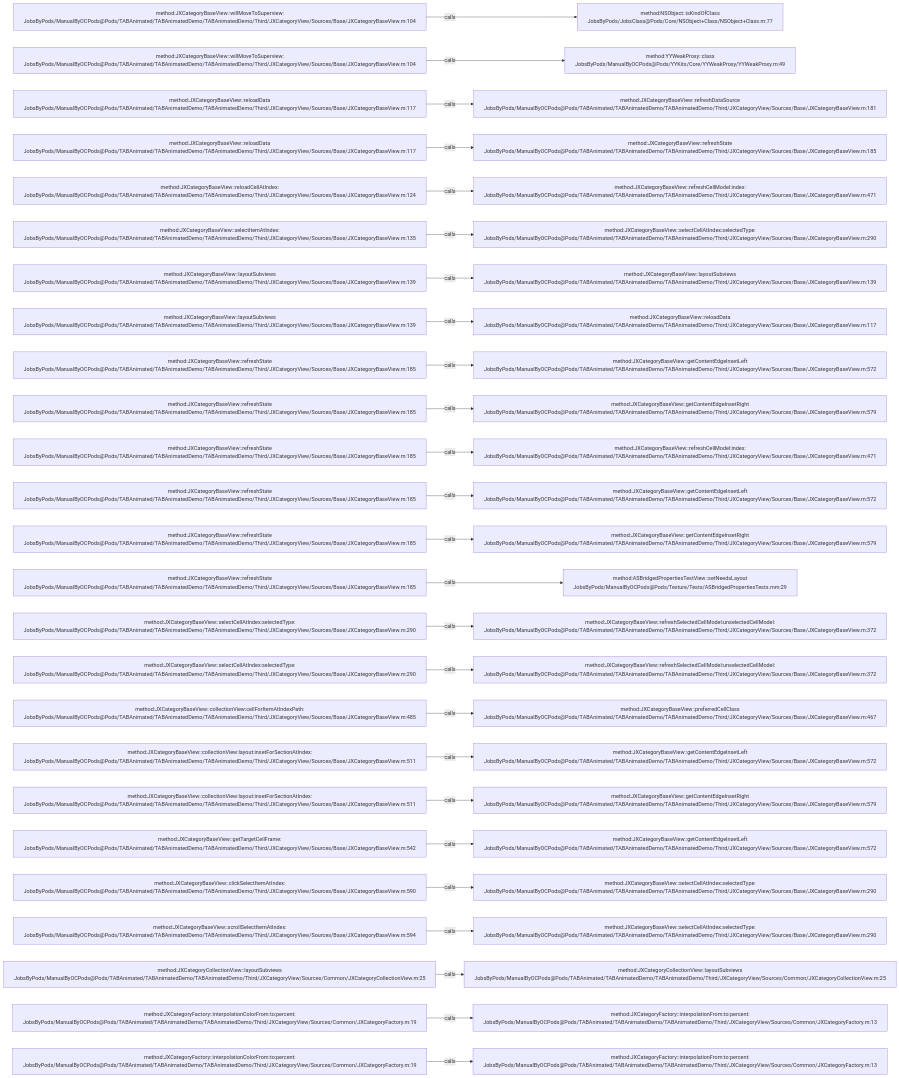
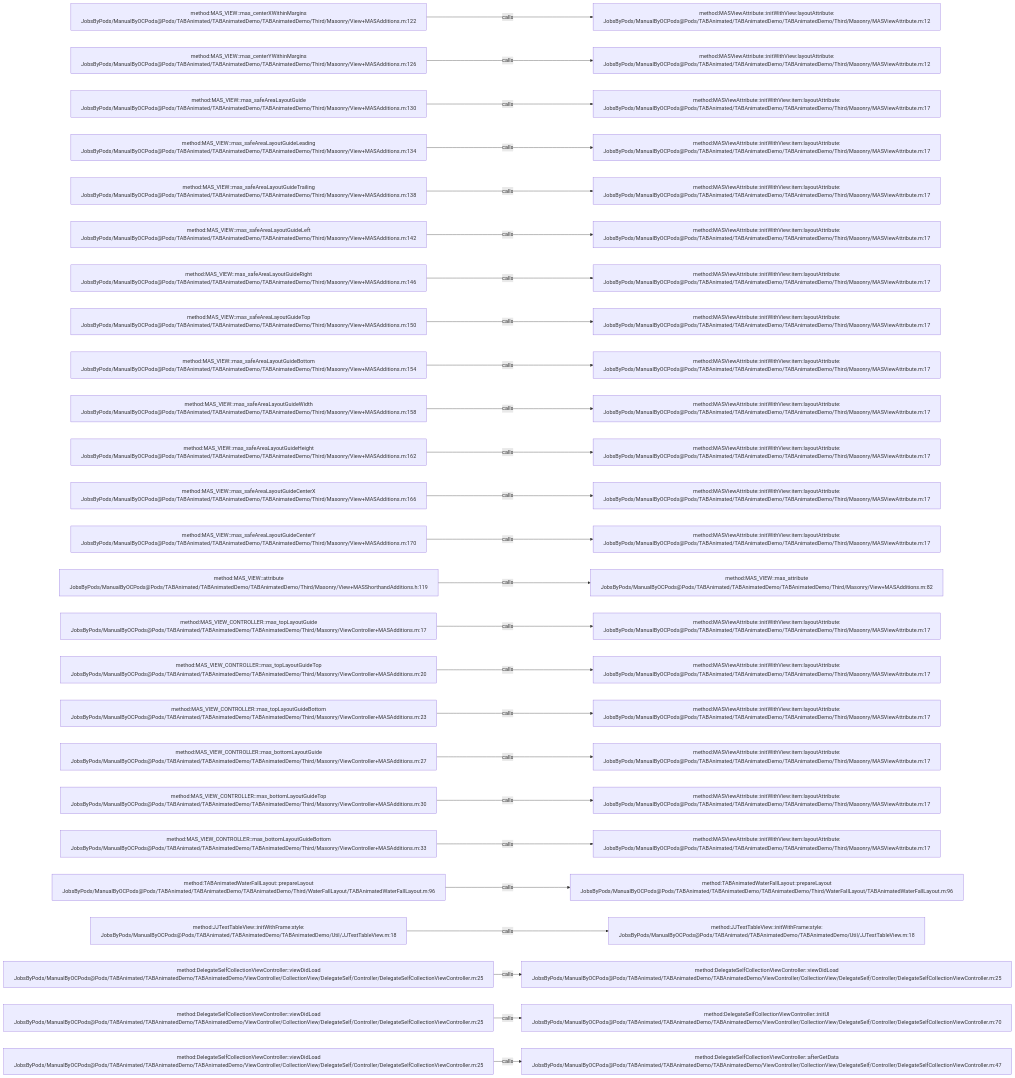
The diagram in .codegraph/codegraph.md/graphs/calls-049.md (JobsKits/JobsOCBaseConfigDemo), drawn with Mermaid before and after one commit. The commit also changed 1223 other files, not shown here.

````diff
--- a/.codegraph/codegraph.md/graphs/calls-049.md
+++ b/.codegraph/codegraph.md/graphs/calls-049.md
@@ -13,78 +13,78 @@
 ```mermaid
 flowchart LR
-  S1["method:JXCategoryBaseView::willMoveToSuperview:<br/>JobsByPods/ManualByOCPods@Pods/TABAnimated/TABAnimatedDemo/TABAnimatedDemo/Third/JXCategoryView/Sources/Base/JXCategoryBaseView.m:104"]
-  T1["method:NSObject::isKindOfClass<br/>JobsByPods/JobsClass@Pods/Core/NSObject+Class/NSObject+Class.m:77"]
+  S1["method:MAS_VIEW::mas_centerXWithinMargins<br/>JobsByPods/ManualByOCPods@Pods/TABAnimated/TABAnimatedDemo/TABAnimatedDemo/Third/Masonry/View+MASAdditions.m:122"]
+  T1["method:MASViewAttribute::initWithView:layoutAttribute:<br/>JobsByPods/ManualByOCPods@Pods/TABAnimated/TABAnimatedDemo/TABAnimatedDemo/Third/Masonry/MASViewAttribute.m:12"]
   S1 -->|calls| T1
-  S2["method:JXCategoryBaseView::willMoveToSuperview:<br/>JobsByPods/ManualByOCPods@Pods/TABAnimated/TABAnimatedDemo/TABAnimatedDemo/Third/JXCategoryView/Sources/Base/JXCategoryBaseView.m:104"]
-  T2["method:YYWeakProxy::class<br/>JobsByPods/ManualByOCPods@Pods/YYKits/Core/YYWeakProxy/YYWeakProxy.m:49"]
+  S2["method:MAS_VIEW::mas_centerYWithinMargins<br/>JobsByPods/ManualByOCPods@Pods/TABAnimated/TABAnimatedDemo/TABAnimatedDemo/Third/Masonry/View+MASAdditions.m:126"]
+  T2["method:MASViewAttribute::initWithView:layoutAttribute:<br/>JobsByPods/ManualByOCPods@Pods/TABAnimated/TABAnimatedDemo/TABAnimatedDemo/Third/Masonry/MASViewAttribute.m:12"]
   S2 -->|calls| T2
-  S3["method:JXCategoryBaseView::reloadData<br/>JobsByPods/ManualByOCPods@Pods/TABAnimated/TABAnimatedDemo/TABAnimatedDemo/Third/JXCategoryView/Sources/Base/JXCategoryBaseView.m:117"]
-  T3["method:JXCategoryBaseView::refreshDataSource<br/>JobsByPods/ManualByOCPods@Pods/TABAnimated/TABAnimatedDemo/TABAnimatedDemo/Third/JXCategoryView/Sources/Base/JXCategoryBaseView.m:181"]
+  S3["method:MAS_VIEW::mas_safeAreaLayoutGuide<br/>JobsByPods/ManualByOCPods@Pods/TABAnimated/TABAnimatedDemo/TABAnimatedDemo/Third/Masonry/View+MASAdditions.m:130"]
+  T3["method:MASViewAttribute::initWithView:item:layoutAttribute:<br/>JobsByPods/ManualByOCPods@Pods/TABAnimated/TABAnimatedDemo/TABAnimatedDemo/Third/Masonry/MASViewAttribute.m:17"]
   S3 -->|calls| T3
-  S4["method:JXCategoryBaseView::reloadData<br/>JobsByPods/ManualByOCPods@Pods/TABAnimated/TABAnimatedDemo/TABAnimatedDemo/Third/JXCategoryView/Sources/Base/JXCategoryBaseView.m:117"]
-  T4["method:JXCategoryBaseView::refreshState<br/>JobsByPods/ManualByOCPods@Pods/TABAnimated/TABAnimatedDemo/TABAnimatedDemo/Third/JXCategoryView/Sources/Base/JXCategoryBaseView.m:185"]
+  S4["method:MAS_VIEW::mas_safeAreaLayoutGuideLeading<br/>JobsByPods/ManualByOCPods@Pods/TABAnimated/TABAnimatedDemo/TABAnimatedDemo/Third/Masonry/View+MASAdditions.m:134"]
+  T4["method:MASViewAttribute::initWithView:item:layoutAttribute:<br/>JobsByPods/ManualByOCPods@Pods/TABAnimated/TABAnimatedDemo/TABAnimatedDemo/Third/Masonry/MASViewAttribute.m:17"]
   S4 -->|calls| T4
-  S5["method:JXCategoryBaseView::reloadCellAtIndex:<br/>JobsByPods/ManualByOCPods@Pods/TABAnimated/TABAnimatedDemo/TABAnimatedDemo/Third/JXCategoryView/Sources/Base/JXCategoryBaseView.m:124"]
-  T5["method:JXCategoryBaseView::refreshCellModel:index:<br/>JobsByPods/ManualByOCPods@Pods/TABAnimated/TABAnimatedDemo/TABAnimatedDemo/Third/JXCategoryView/Sources/Base/JXCategoryBaseView.m:471"]
+  S5["method:MAS_VIEW::mas_safeAreaLayoutGuideTrailing<br/>JobsByPods/ManualByOCPods@Pods/TABAnimated/TABAnimatedDemo/TABAnimatedDemo/Third/Masonry/View+MASAdditions.m:138"]
+  T5["method:MASViewAttribute::initWithView:item:layoutAttribute:<br/>JobsByPods/ManualByOCPods@Pods/TABAnimated/TABAnimatedDemo/TABAnimatedDemo/Third/Masonry/MASViewAttribute.m:17"]
   S5 -->|calls| T5
-  S6["method:JXCategoryBaseView::selectItemAtIndex:<br/>JobsByPods/ManualByOCPods@Pods/TABAnimated/TABAnimatedDemo/TABAnimatedDemo/Third/JXCategoryView/Sources/Base/JXCategoryBaseView.m:135"]
-  T6["method:JXCategoryBaseView::selectCellAtIndex:selectedType:<br/>JobsByPods/ManualByOCPods@Pods/TABAnimated/TABAnimatedDemo/TABAnimatedDemo/Third/JXCategoryView/Sources/Base/JXCategoryBaseView.m:290"]
+  S6["method:MAS_VIEW::mas_safeAreaLayoutGuideLeft<br/>JobsByPods/ManualByOCPods@Pods/TABAnimated/TABAnimatedDemo/TABAnimatedDemo/Third/Masonry/View+MASAdditions.m:142"]
+  T6["method:MASViewAttribute::initWithView:item:layoutAttribute:<br/>JobsByPods/ManualByOCPods@Pods/TABAnimated/TABAnimatedDemo/TABAnimatedDemo/Third/Masonry/MASViewAttribute.m:17"]
   S6 -->|calls| T6
-  S7["method:JXCategoryBaseView::layoutSubviews<br/>JobsByPods/ManualByOCPods@Pods/TABAnimated/TABAnimatedDemo/TABAnimatedDemo/Third/JXCategoryView/Sources/Base/JXCategoryBaseView.m:139"]
-  T7["method:JXCategoryBaseView::layoutSubviews<br/>JobsByPods/ManualByOCPods@Pods/TABAnimated/TABAnimatedDemo/TABAnimatedDemo/Third/JXCategoryView/Sources/Base/JXCategoryBaseView.m:139"]
+  S7["method:MAS_VIEW::mas_safeAreaLayoutGuideRight<br/>JobsByPods/ManualByOCPods@Pods/TABAnimated/TABAnimatedDemo/TABAnimatedDemo/Third/Masonry/View+MASAdditions.m:146"]
+  T7["method:MASViewAttribute::initWithView:item:layoutAttribute:<br/>JobsByPods/ManualByOCPods@Pods/TABAnimated/TABAnimatedDemo/TABAnimatedDemo/Third/Masonry/MASViewAttribute.m:17"]
   S7 -->|calls| T7
-  S8["method:JXCategoryBaseView::layoutSubviews<br/>JobsByPods/ManualByOCPods@Pods/TABAnimated/TABAnimatedDemo/TABAnimatedDemo/Third/JXCategoryView/Sources/Base/JXCategoryBaseView.m:139"]
-  T8["method:JXCategoryBaseView::reloadData<br/>JobsByPods/ManualByOCPods@Pods/TABAnimated/TABAnimatedDemo/TABAnimatedDemo/Third/JXCategoryView/Sources/Base/JXCategoryBaseView.m:117"]
+  S8["method:MAS_VIEW::mas_safeAreaLayoutGuideTop<br/>JobsByPods/ManualByOCPods@Pods/TABAnimated/TABAnimatedDemo/TABAnimatedDemo/Third/Masonry/View+MASAdditions.m:150"]
+  T8["method:MASViewAttribute::initWithView:item:layoutAttribute:<br/>JobsByPods/ManualByOCPods@Pods/TABAnimated/TABAnimatedDemo/TABAnimatedDemo/Third/Masonry/MASViewAttribute.m:17"]
   S8 -->|calls| T8
-  S9["method:JXCategoryBaseView::refreshState<br/>JobsByPods/ManualByOCPods@Pods/TABAnimated/TABAnimatedDemo/TABAnimatedDemo/Third/JXCategoryView/Sources/Base/JXCategoryBaseView.m:185"]
-  T9["method:JXCategoryBaseView::getContentEdgeInsetLeft<br/>JobsByPods/ManualByOCPods@Pods/TABAnimated/TABAnimatedDemo/TABAnimatedDemo/Third/JXCategoryView/Sources/Base/JXCategoryBaseView.m:572"]
+  S9["method:MAS_VIEW::mas_safeAreaLayoutGuideBottom<br/>JobsByPods/ManualByOCPods@Pods/TABAnimated/TABAnimatedDemo/TABAnimatedDemo/Third/Masonry/View+MASAdditions.m:154"]
+  T9["method:MASViewAttribute::initWithView:item:layoutAttribute:<br/>JobsByPods/ManualByOCPods@Pods/TABAnimated/TABAnimatedDemo/TABAnimatedDemo/Third/Masonry/MASViewAttribute.m:17"]
   S9 -->|calls| T9
-  S10["method:JXCategoryBaseView::refreshState<br/>JobsByPods/ManualByOCPods@Pods/TABAnimated/TABAnimatedDemo/TABAnimatedDemo/Third/JXCategoryView/Sources/Base/JXCategoryBaseView.m:185"]
-  T10["method:JXCategoryBaseView::getContentEdgeInsetRight<br/>JobsByPods/ManualByOCPods@Pods/TABAnimated/TABAnimatedDemo/TABAnimatedDemo/Third/JXCategoryView/Sources/Base/JXCategoryBaseView.m:579"]
+  S10["method:MAS_VIEW::mas_safeAreaLayoutGuideWidth<br/>JobsByPods/ManualByOCPods@Pods/TABAnimated/TABAnimatedDemo/TABAnimatedDemo/Third/Masonry/View+MASAdditions.m:158"]
+  T10["method:MASViewAttribute::initWithView:item:layoutAttribute:<br/>JobsByPods/ManualByOCPods@Pods/TABAnimated/TABAnimatedDemo/TABAnimatedDemo/Third/Masonry/MASViewAttribute.m:17"]
   S10 -->|calls| T10
-  S11["method:JXCategoryBaseView::refreshState<br/>JobsByPods/ManualByOCPods@Pods/TABAnimated/TABAnimatedDemo/TABAnimatedDemo/Third/JXCategoryView/Sources/Base/JXCategoryBaseView.m:185"]
-  T11["method:JXCategoryBaseView::refreshCellModel:index:<br/>JobsByPods/ManualByOCPods@Pods/TABAnimated/TABAnimatedDemo/TABAnimatedDemo/Third/JXCategoryView/Sources/Base/JXCategoryBaseView.m:471"]
+  S11["method:MAS_VIEW::mas_safeAreaLayoutGuideHeight<br/>JobsByPods/ManualByOCPods@Pods/TABAnimated/TABAnimatedDemo/TABAnimatedDemo/Third/Masonry/View+MASAdditions.m:162"]
+  T11["method:MASViewAttribute::initWithView:item:layoutAttribute:<br/>JobsByPods/ManualByOCPods@Pods/TABAnimated/TABAnimatedDemo/TABAnimatedDemo/Third/Masonry/MASViewAttribute.m:17"]
   S11 -->|calls| T11
-  S12["method:JXCategoryBaseView::refreshState<br/>JobsByPods/ManualByOCPods@Pods/TABAnimated/TABAnimatedDemo/TABAnimatedDemo/Third/JXCategoryView/Sources/Base/JXCategoryBaseView.m:185"]
-  T12["method:JXCategoryBaseView::getContentEdgeInsetLeft<br/>JobsByPods/ManualByOCPods@Pods/TABAnimated/TABAnimatedDemo/TABAnimatedDemo/Third/JXCategoryView/Sources/Base/JXCategoryBaseView.m:572"]
+  S12["method:MAS_VIEW::mas_safeAreaLayoutGuideCenterX<br/>JobsByPods/ManualByOCPods@Pods/TABAnimated/TABAnimatedDemo/TABAnimatedDemo/Third/Masonry/View+MASAdditions.m:166"]
+  T12["method:MASViewAttribute::initWithView:item:layoutAttribute:<br/>JobsByPods/ManualByOCPods@Pods/TABAnimated/TABAnimatedDemo/TABAnimatedDemo/Third/Masonry/MASViewAttribute.m:17"]
   S12 -->|calls| T12
-  S13["method:JXCategoryBaseView::refreshState<br/>JobsByPods/ManualByOCPods@Pods/TABAnimated/TABAnimatedDemo/TABAnimatedDemo/Third/JXCategoryView/Sources/Base/JXCategoryBaseView.m:185"]
-  T13["method:JXCategoryBaseView::getContentEdgeInsetRight<br/>JobsByPods/ManualByOCPods@Pods/TABAnimated/TABAnimatedDemo/TABAnimatedDemo/Third/JXCategoryView/Sources/Base/JXCategoryBaseView.m:579"]
+  S13["method:MAS_VIEW::mas_safeAreaLayoutGuideCenterY<br/>JobsByPods/ManualByOCPods@Pods/TABAnimated/TABAnimatedDemo/TABAnimatedDemo/Third/Masonry/View+MASAdditions.m:170"]
+  T13["method:MASViewAttribute::initWithView:item:layoutAttribute:<br/>JobsByPods/ManualByOCPods@Pods/TABAnimated/TABAnimatedDemo/TABAnimatedDemo/Third/Masonry/MASViewAttribute.m:17"]
   S13 -->|calls| T13
-  S14["method:JXCategoryBaseView::refreshState<br/>JobsByPods/ManualByOCPods@Pods/TABAnimated/TABAnimatedDemo/TABAnimatedDemo/Third/JXCategoryView/Sources/Base/JXCategoryBaseView.m:185"]
-  T14["method:ASBridgedPropertiesTestView::setNeedsLayout<br/>JobsByPods/ManualByOCPods@Pods/Texture/Tests/ASBridgedPropertiesTests.mm:29"]
+  S14["method:MAS_VIEW::attribute<br/>JobsByPods/ManualByOCPods@Pods/TABAnimated/TABAnimatedDemo/TABAnimatedDemo/Third/Masonry/View+MASShorthandAdditions.h:119"]
+  T14["method:MAS_VIEW::mas_attribute<br/>JobsByPods/ManualByOCPods@Pods/TABAnimated/TABAnimatedDemo/TABAnimatedDemo/Third/Masonry/View+MASAdditions.m:82"]
   S14 -->|calls| T14
-  S15["method:JXCategoryBaseView::selectCellAtIndex:selectedType:<br/>JobsByPods/ManualByOCPods@Pods/TABAnimated/TABAnimatedDemo/TABAnimatedDemo/Third/JXCategoryView/Sources/Base/JXCategoryBaseView.m:290"]
-  T15["method:JXCategoryBaseView::refreshSelectedCellModel:unselectedCellModel:<br/>JobsByPods/ManualByOCPods@Pods/TABAnimated/TABAnimatedDemo/TABAnimatedDemo/Third/JXCategoryView/Sources/Base/JXCategoryBaseView.m:372"]
+  S15["method:MAS_VIEW_CONTROLLER::mas_topLayoutGuide<br/>JobsByPods/ManualByOCPods@Pods/TABAnimated/TABAnimatedDemo/TABAnimatedDemo/Third/Masonry/ViewController+MASAdditions.m:17"]
+  T15["method:MASViewAttribute::initWithView:item:layoutAttribute:<br/>JobsByPods/ManualByOCPods@Pods/TABAnimated/TABAnimatedDemo/TABAnimatedDemo/Third/Masonry/MASViewAttribute.m:17"]
   S15 -->|calls| T15
-  S16["method:JXCategoryBaseView::selectCellAtIndex:selectedType:<br/>JobsByPods/ManualByOCPods@Pods/TABAnimated/TABAnimatedDemo/TABAnimatedDemo/Third/JXCategoryView/Sources/Base/JXCategoryBaseView.m:290"]
-  T16["method:JXCategoryBaseView::refreshSelectedCellModel:unselectedCellModel:<br/>JobsByPods/ManualByOCPods@Pods/TABAnimated/TABAnimatedDemo/TABAnimatedDemo/Third/JXCategoryView/Sources/Base/JXCategoryBaseView.m:372"]
+  S16["method:MAS_VIEW_CONTROLLER::mas_topLayoutGuideTop<br/>JobsByPods/ManualByOCPods@Pods/TABAnimated/TABAnimatedDemo/TABAnimatedDemo/Third/Masonry/ViewController+MASAdditions.m:20"]
+  T16["method:MASViewAttribute::initWithView:item:layoutAttribute:<br/>JobsByPods/ManualByOCPods@Pods/TABAnimated/TABAnimatedDemo/TABAnimatedDemo/Third/Masonry/MASViewAttribute.m:17"]
   S16 -->|calls| T16
-  S17["method:JXCategoryBaseView::collectionView:cellForItemAtIndexPath:<br/>JobsByPods/ManualByOCPods@Pods/TABAnimated/TABAnimatedDemo/TABAnimatedDemo/Third/JXCategoryView/Sources/Base/JXCategoryBaseView.m:485"]
-  T17["method:JXCategoryBaseView::preferredCellClass<br/>JobsByPods/ManualByOCPods@Pods/TABAnimated/TABAnimatedDemo/TABAnimatedDemo/Third/JXCategoryView/Sources/Base/JXCategoryBaseView.m:467"]
+  S17["method:MAS_VIEW_CONTROLLER::mas_topLayoutGuideBottom<br/>JobsByPods/ManualByOCPods@Pods/TABAnimated/TABAnimatedDemo/TABAnimatedDemo/Third/Masonry/ViewController+MASAdditions.m:23"]
+  T17["method:MASViewAttribute::initWithView:item:layoutAttribute:<br/>JobsByPods/ManualByOCPods@Pods/TABAnimated/TABAnimatedDemo/TABAnimatedDemo/Third/Masonry/MASViewAttribute.m:17"]
   S17 -->|calls| T17
-  S18["method:JXCategoryBaseView::collectionView:layout:insetForSectionAtIndex:<br/>JobsByPods/ManualByOCPods@Pods/TABAnimated/TABAnimatedDemo/TABAnimatedDemo/Third/JXCategoryView/Sources/Base/JXCategoryBaseView.m:511"]
-  T18["method:JXCategoryBaseView::getContentEdgeInsetLeft<br/>JobsByPods/ManualByOCPods@Pods/TABAnimated/TABAnimatedDemo/TABAnimatedDemo/Third/JXCategoryView/Sources/Base/JXCategoryBaseView.m:572"]
+  S18["method:MAS_VIEW_CONTROLLER::mas_bottomLayoutGuide<br/>JobsByPods/ManualByOCPods@Pods/TABAnimated/TABAnimatedDemo/TABAnimatedDemo/Third/Masonry/ViewController+MASAdditions.m:27"]
+  T18["method:MASViewAttribute::initWithView:item:layoutAttribute:<br/>JobsByPods/ManualByOCPods@Pods/TABAnimated/TABAnimatedDemo/TABAnimatedDemo/Third/Masonry/MASViewAttribute.m:17"]
   S18 -->|calls| T18
-  S19["method:JXCategoryBaseView::collectionView:layout:insetForSectionAtIndex:<br/>JobsByPods/ManualByOCPods@Pods/TABAnimated/TABAnimatedDemo/TABAnimatedDemo/Third/JXCategoryView/Sources/Base/JXCategoryBaseView.m:511"]
-  T19["method:JXCategoryBaseView::getContentEdgeInsetRight<br/>JobsByPods/ManualByOCPods@Pods/TABAnimated/TABAnimatedDemo/TABAnimatedDemo/Third/JXCategoryView/Sources/Base/JXCategoryBaseView.m:579"]
+  S19["method:MAS_VIEW_CONTROLLER::mas_bottomLayoutGuideTop<br/>JobsByPods/ManualByOCPods@Pods/TABAnimated/TABAnimatedDemo/TABAnimatedDemo/Third/Masonry/ViewController+MASAdditions.m:30"]
+  T19["method:MASViewAttribute::initWithView:item:layoutAttribute:<br/>JobsByPods/ManualByOCPods@Pods/TABAnimated/TABAnimatedDemo/TABAnimatedDemo/Third/Masonry/MASViewAttribute.m:17"]
   S19 -->|calls| T19
-  S20["method:JXCategoryBaseView::getTargetCellFrame:<br/>JobsByPods/ManualByOCPods@Pods/TABAnimated/TABAnimatedDemo/TABAnimatedDemo/Third/JXCategoryView/Sources/Base/JXCategoryBaseView.m:542"]
-  T20["method:JXCategoryBaseView::getContentEdgeInsetLeft<br/>JobsByPods/ManualByOCPods@Pods/TABAnimated/TABAnimatedDemo/TABAnimatedDemo/Third/JXCategoryView/Sources/Base/JXCategoryBaseView.m:572"]
+  S20["method:MAS_VIEW_CONTROLLER::mas_bottomLayoutGuideBottom<br/>JobsByPods/ManualByOCPods@Pods/TABAnimated/TABAnimatedDemo/TABAnimatedDemo/Third/Masonry/ViewController+MASAdditions.m:33"]
+  T20["method:MASViewAttribute::initWithView:item:layoutAttribute:<br/>JobsByPods/ManualByOCPods@Pods/TABAnimated/TABAnimatedDemo/TABAnimatedDemo/Third/Masonry/MASViewAttribute.m:17"]
   S20 -->|calls| T20
-  S21["method:JXCategoryBaseView::clickSelectItemAtIndex:<br/>JobsByPods/ManualByOCPods@Pods/TABAnimated/TABAnimatedDemo/TABAnimatedDemo/Third/JXCategoryView/Sources/Base/JXCategoryBaseView.m:590"]
-  T21["method:JXCategoryBaseView::selectCellAtIndex:selectedType:<br/>JobsByPods/ManualByOCPods@Pods/TABAnimated/TABAnimatedDemo/TABAnimatedDemo/Third/JXCategoryView/Sources/Base/JXCategoryBaseView.m:290"]
+  S21["method:TABAnimatedWaterFallLayout::prepareLayout<br/>JobsByPods/ManualByOCPods@Pods/TABAnimated/TABAnimatedDemo/TABAnimatedDemo/Third/WaterFallLayout/TABAnimatedWaterFallLayout.m:96"]
+  T21["method:TABAnimatedWaterFallLayout::prepareLayout<br/>JobsByPods/ManualByOCPods@Pods/TABAnimated/TABAnimatedDemo/TABAnimatedDemo/Third/WaterFallLayout/TABAnimatedWaterFallLayout.m:96"]
   S21 -->|calls| T21
-  S22["method:JXCategoryBaseView::scrollSelectItemAtIndex:<br/>JobsByPods/ManualByOCPods@Pods/TABAnimated/TABAnimatedDemo/TABAnimatedDemo/Third/JXCategoryView/Sources/Base/JXCategoryBaseView.m:594"]
-  T22["method:JXCategoryBaseView::selectCellAtIndex:selectedType:<br/>JobsByPods/ManualByOCPods@Pods/TABAnimated/TABAnimatedDemo/TABAnimatedDemo/Third/JXCategoryView/Sources/Base/JXCategoryBaseView.m:290"]
+  S22["method:JJTestTableView::initWithFrame:style:<br/>JobsByPods/ManualByOCPods@Pods/TABAnimated/TABAnimatedDemo/TABAnimatedDemo/Util/JJTestTableView.m:18"]
+  T22["method:JJTestTableView::initWithFrame:style:<br/>JobsByPods/ManualByOCPods@Pods/TABAnimated/TABAnimatedDemo/TABAnimatedDemo/Util/JJTestTableView.m:18"]
   S22 -->|calls| T22
-  S23["method:JXCategoryCollectionView::layoutSubviews<br/>JobsByPods/ManualByOCPods@Pods/TABAnimated/TABAnimatedDemo/TABAnimatedDemo/Third/JXCategoryView/Sources/Common/JXCategoryCollectionView.m:25"]
-  T23["method:JXCategoryCollectionView::layoutSubviews<br/>JobsByPods/ManualByOCPods@Pods/TABAnimated/TABAnimatedDemo/TABAnimatedDemo/Third/JXCategoryView/Sources/Common/JXCategoryCollectionView.m:25"]
+  S23["method:DelegateSelfCollectionViewController::viewDidLoad<br/>JobsByPods/ManualByOCPods@Pods/TABAnimated/TABAnimatedDemo/TABAnimatedDemo/ViewController/CollectionView/DelegateSelf/Controller/DelegateSelfCollectionViewController.m:25"]
+  T23["method:DelegateSelfCollectionViewController::viewDidLoad<br/>JobsByPods/ManualByOCPods@Pods/TABAnimated/TABAnimatedDemo/TABAnimatedDemo/ViewController/CollectionView/DelegateSelf/Controller/DelegateSelfCollectionViewController.m:25"]
   S23 -->|calls| T23
-  S24["method:JXCategoryFactory::interpolationColorFrom:to:percent:<br/>JobsByPods/ManualByOCPods@Pods/TABAnimated/TABAnimatedDemo/TABAnimatedDemo/Third/JXCategoryView/Sources/Common/JXCategoryFactory.m:19"]
-  T24["method:JXCategoryFactory::interpolationFrom:to:percent:<br/>JobsByPods/ManualByOCPods@Pods/TABAnimated/TABAnimatedDemo/TABAnimatedDemo/Third/JXCategoryView/Sources/Common/JXCategoryFactory.m:13"]
+  S24["method:DelegateSelfCollectionViewController::viewDidLoad<br/>JobsByPods/ManualByOCPods@Pods/TABAnimated/TABAnimatedDemo/TABAnimatedDemo/ViewController/CollectionView/DelegateSelf/Controller/DelegateSelfCollectionViewController.m:25"]
+  T24["method:DelegateSelfCollectionViewController::initUI<br/>JobsByPods/ManualByOCPods@Pods/TABAnimated/TABAnimatedDemo/TABAnimatedDemo/ViewController/CollectionView/DelegateSelf/Controller/DelegateSelfCollectionViewController.m:70"]
   S24 -->|calls| T24
-  S25["method:JXCategoryFactory::interpolationColorFrom:to:percent:<br/>JobsByPods/ManualByOCPods@Pods/TABAnimated/TABAnimatedDemo/TABAnimatedDemo/Third/JXCategoryView/Sources/Common/JXCategoryFactory.m:19"]
-  T25["method:JXCategoryFactory::interpolationFrom:to:percent:<br/>JobsByPods/ManualByOCPods@Pods/TABAnimated/TABAnimatedDemo/TABAnimatedDemo/Third/JXCategoryView/Sources/Common/JXCategoryFactory.m:13"]
+  S25["method:DelegateSelfCollectionViewController::viewDidLoad<br/>JobsByPods/ManualByOCPods@Pods/TABAnimated/TABAnimatedDemo/TABAnimatedDemo/ViewController/CollectionView/DelegateSelf/Controller/DelegateSelfCollectionViewController.m:25"]
+  T25["method:DelegateSelfCollectionViewController::afterGetData<br/>JobsByPods/ManualByOCPods@Pods/TABAnimated/TABAnimatedDemo/TABAnimatedDemo/ViewController/CollectionView/DelegateSelf/Controller/DelegateSelfCollectionViewController.m:47"]
   S25 -->|calls| T25
 ```
````
